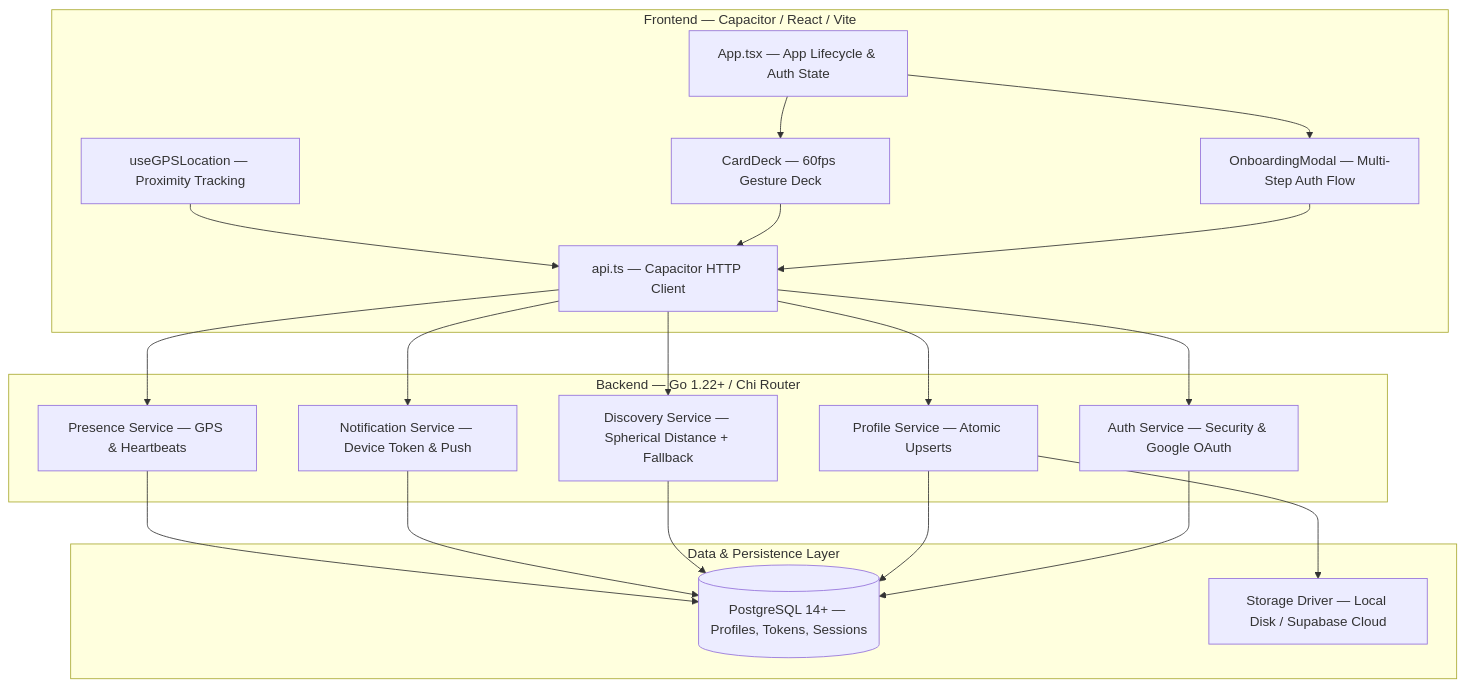
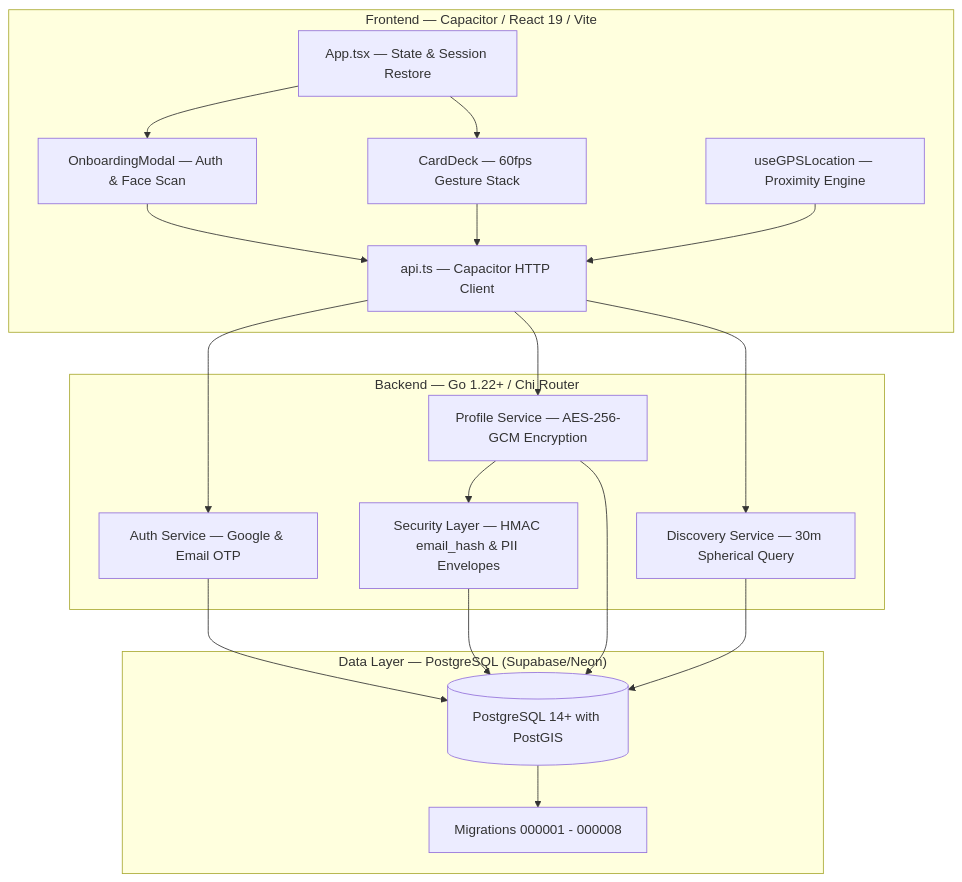
Before and after one commit to atharvix/silver-sniffle: the diagram in README.md, drawn with Mermaid. The commit also changed other lines of this file and 110 other files, not shown here.

````diff
--- a/README.md
+++ b/README.md
@@ -90,29 +192,29 @@
 ```mermaid
 graph TD
-  subgraph "Frontend — Capacitor / React / Vite"
-    A["App.tsx — App Lifecycle & Auth State"]
-    B["OnboardingModal — Multi-Step Auth Flow"]
-    C["CardDeck — 60fps Gesture Deck"]
-    D["useGPSLocation — Proximity Tracking"]
+  subgraph "Frontend — Capacitor / React 19 / Vite"
+    A["App.tsx — State & Session Restore"]
+    B["OnboardingModal — Auth & Face Scan"]
+    C["CardDeck — 60fps Gesture Stack"]
+    D["useGPSLocation — Proximity Engine"]
     E["api.ts — Capacitor HTTP Client"]
   end
 
   subgraph "Backend — Go 1.22+ / Chi Router"
-    F["Auth Service — Security & Google OAuth"]
-    G["Profile Service — Atomic Upserts"]
-    H["Discovery Service — Spherical Distance + Fallback"]
-    I["Notification Service — Device Token & Push"]
-    J["Presence Service — GPS & Heartbeats"]
+    F["Auth Service — Google & Email OTP"]
+    G["Profile Service — AES-256-GCM Encryption"]
+    H["Discovery Service — 30m Spherical Query"]
+    I["Security Layer — HMAC email_hash & PII Envelopes"]
   end
 
-  subgraph "Data & Persistence Layer"
-    K[(PostgreSQL 14+ — Profiles, Tokens, Sessions)]
-    L["Storage Driver — Local Disk / Supabase Cloud"]
+  subgraph "Data Layer — PostgreSQL (Supabase/Neon)"
+    K[(PostgreSQL 14+ with PostGIS)]
+    L["Migrations 000001 - 000008"]
   end
 
   A --> B & C
   B & C & D --> E
-  E --> F & G & H & I & J
-  F & G & H & I & J --> K
-  G --> L
+  E --> F & G & H
+  G --> I
+  F & G & H & I --> K
+  K --> L
 ```
````
